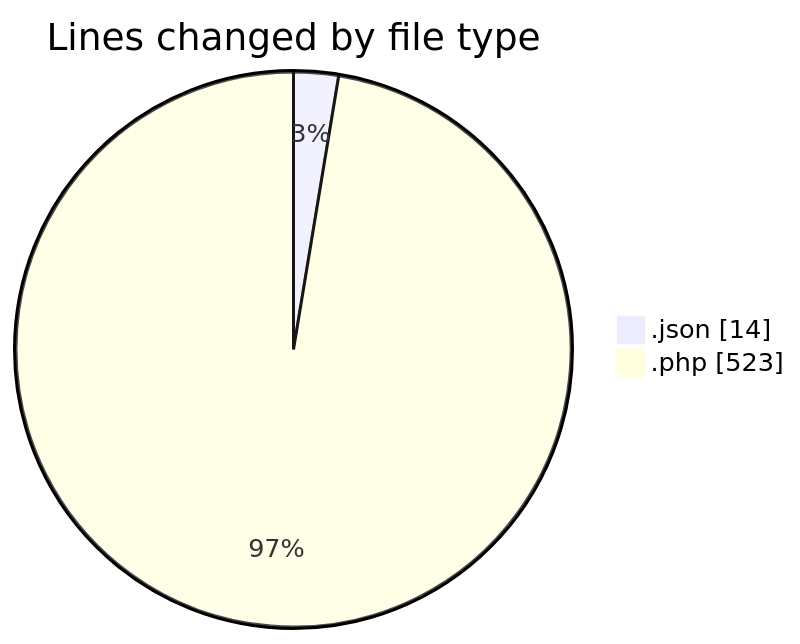
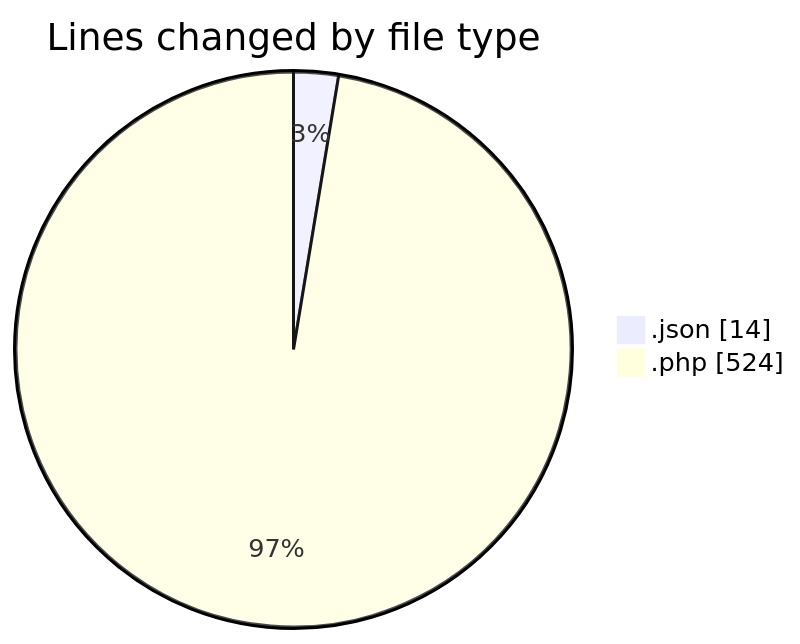
Before and after one commit to debugP/code-tracking: the first of 2 diagrams in 2026-07-27/untitled__workspace_/README.md, drawn with Mermaid. The commit also changed other lines of this file and 1 other file, not shown here.

````diff
--- a/2026-07-27/untitled__workspace_/README.md
+++ b/2026-07-27/untitled__workspace_/README.md
@@ -22,6 +22,6 @@
 ```mermaid
 pie showData
 title Lines changed by file type
 ".json" : 14
-".php" : 523
+".php" : 524
 ```
````
